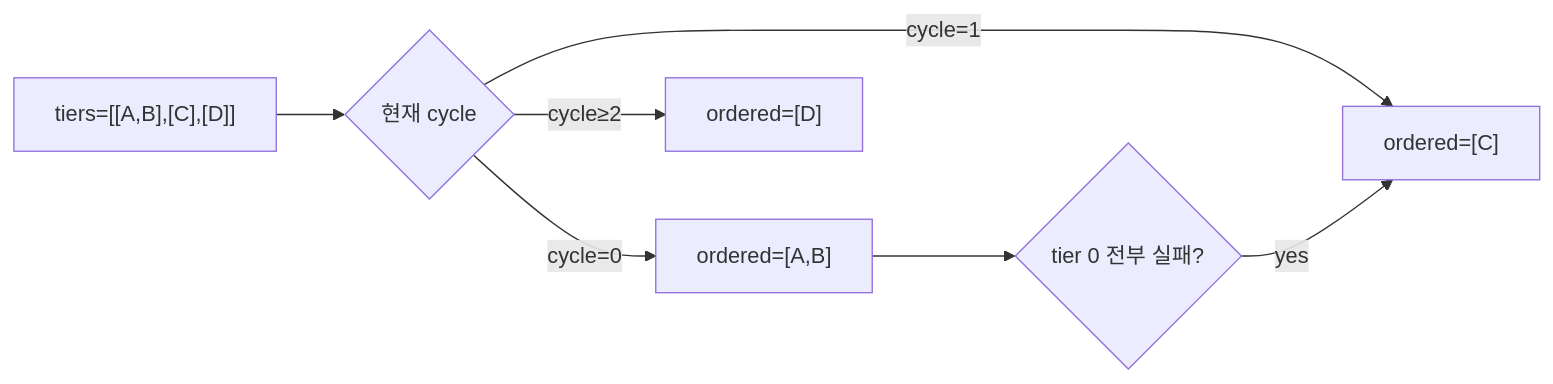
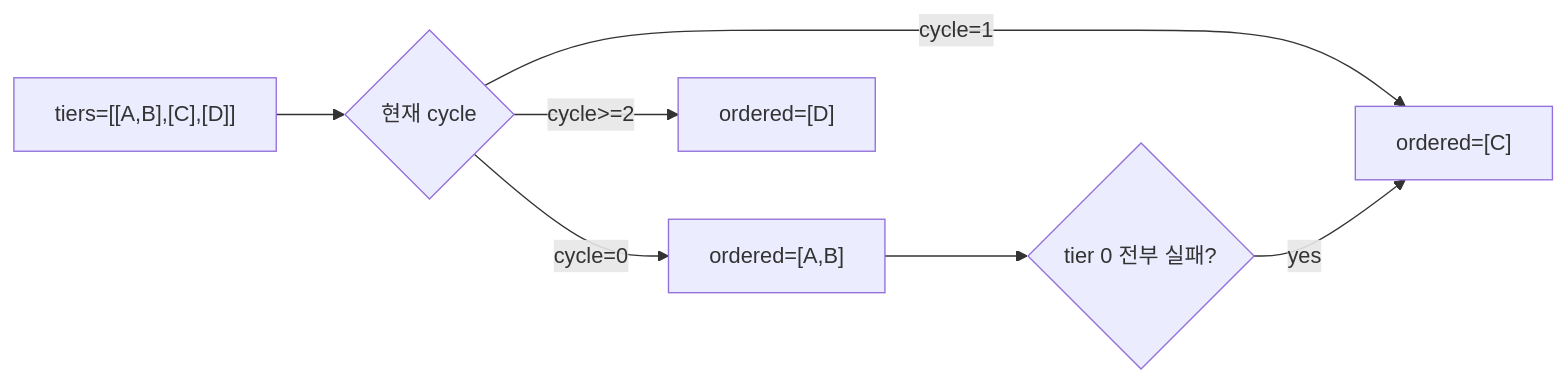
Before and after one commit to jeong-sik/masc: the sixth of 8 diagrams in docs/cascade/STRATEGY-GUIDE.md, drawn with Mermaid. The commit also changed other lines of this file, not shown here.

First line of the commit message:
docs(cascade): simplify review fixes (mermaid, pitfall actions, drift note)

````diff
--- a/docs/cascade/STRATEGY-GUIDE.md
+++ b/docs/cascade/STRATEGY-GUIDE.md
@@ -118,9 +118,9 @@
 ```mermaid
 flowchart LR
   I["tiers=[[A,B],[C],[D]]"] --> C{현재 cycle}
   C -->|cycle=0| T0["ordered=[A,B]"]
   C -->|cycle=1| T1["ordered=[C]"]
-  C -->|cycle≥2| T2["ordered=[D]"]
+  C -->|"cycle>=2"| T2["ordered=[D]"]
   T0 --> R{tier 0 전부 실패?}
   R -->|yes| T1
 ```
````
